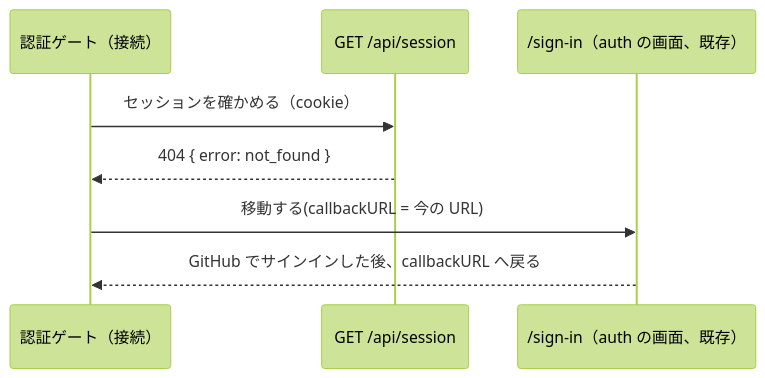
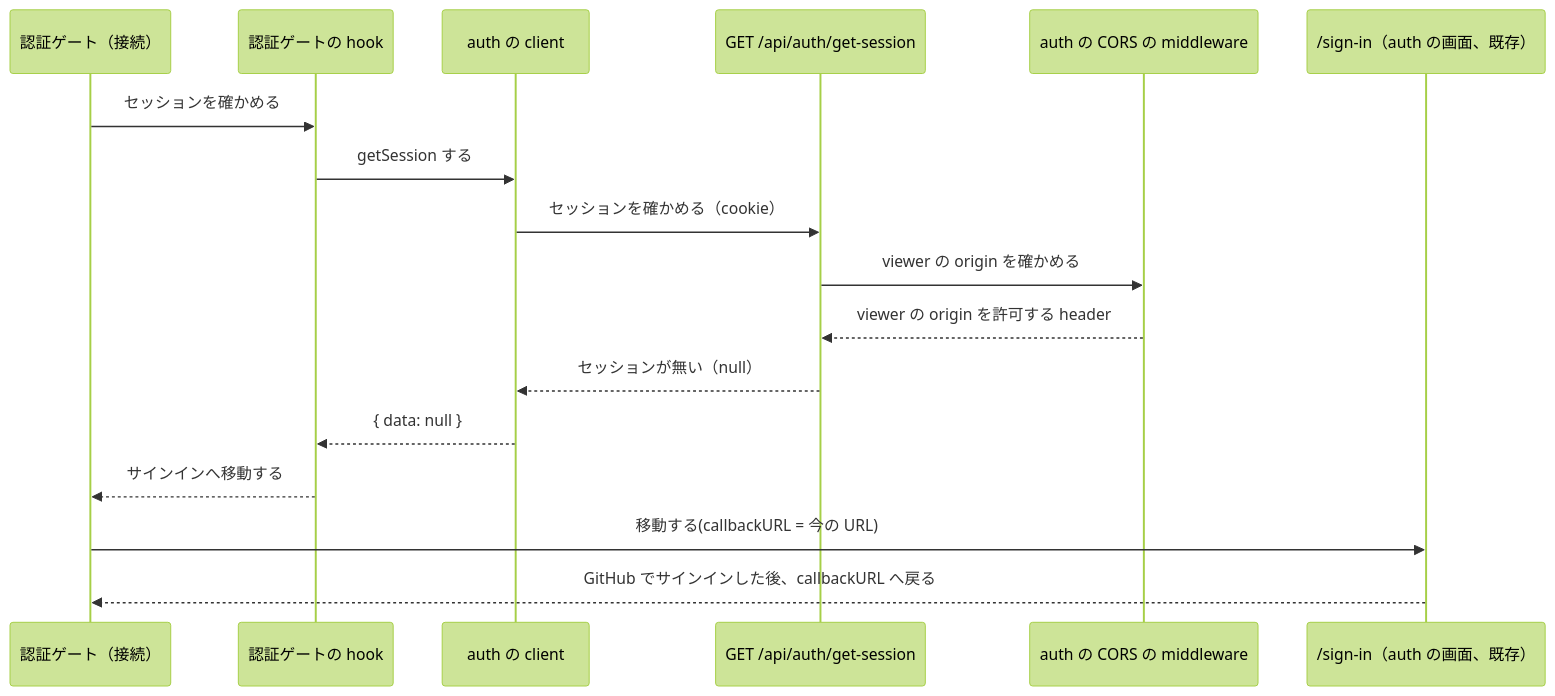
The fourth of 11 diagrams in docs/superpowers/specs/2026-10-06-owner-viewer-design/README.md (taiki-kuraishi/karibari), drawn with Mermaid (forest theme) before and after one commit. The commit also changed other lines of this file and 17 other files, not shown here.

Commit message:
📝 docs: re-split the owner-viewer design into one-API phases

````diff
--- a/docs/superpowers/specs/2026-10-06-owner-viewer-design/README.md
+++ b/docs/superpowers/specs/2026-10-06-owner-viewer-design/README.md
@@ -97,10 +117,19 @@
 ```mermaid
 sequenceDiagram
   participant Gate as 認証ゲート（接続）
-  participant Sess as GET /api/session
+  participant GHook as 認証ゲートの hook
+  participant AClient as auth の client
+  participant Sess as GET /api/auth/get-session
+  participant Cors as auth の CORS の middleware
   participant SignIn as /sign-in（auth の画面、既存）
-  Gate->>Sess: セッションを確かめる（cookie）
-  Sess-->>Gate: 404 { error: not_found }
+  Gate->>GHook: セッションを確かめる
+  GHook->>AClient: getSession する
+  AClient->>Sess: セッションを確かめる（cookie）
+  Sess->>Cors: viewer の origin を確かめる
+  Cors-->>Sess: viewer の origin を許可する header
+  Sess-->>AClient: セッションが無い（null）
+  AClient-->>GHook: { data: null }
+  GHook-->>Gate: サインインへ移動する
   Gate->>SignIn: 移動する(callbackURL = 今の URL)
   SignIn-->>Gate: GitHub でサインインした後、callbackURL へ戻る
 ```
````
